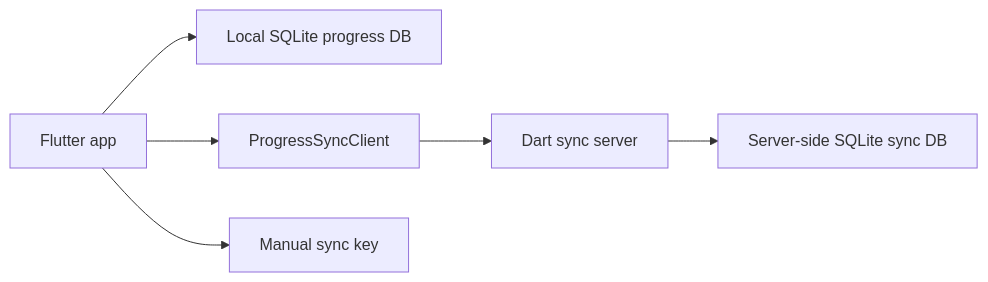
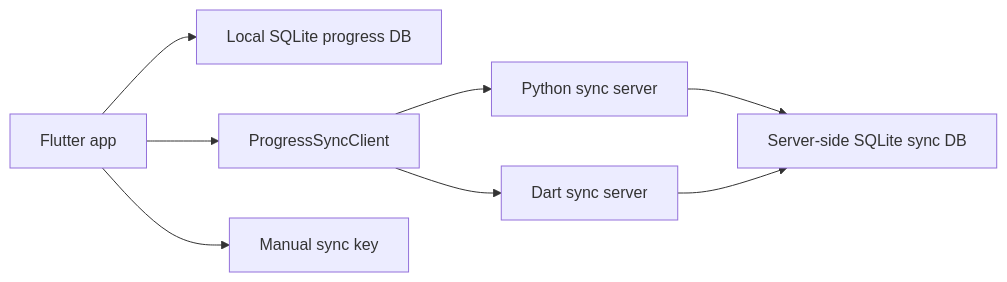
Before and after one commit to desertSniper87/vocab-hill: the diagram in docs/2-architecture/decisions/ADR-003-sync-key-backend.md, drawn with Mermaid. The commit also changed other lines of this file and 18 other files, not shown here.

````diff
--- a/docs/2-architecture/decisions/ADR-003-sync-key-backend.md
+++ b/docs/2-architecture/decisions/ADR-003-sync-key-backend.md
@@ -22,8 +22,10 @@
 ```mermaid
 flowchart LR
     A["Flutter app"] --> B["Local SQLite progress DB"]
     A --> C["ProgressSyncClient"]
-    C --> D["Dart sync server"]
-    D --> E["Server-side SQLite sync DB"]
-    A --> F["Manual sync key"]
+    C --> D["Python sync server"]
+    C --> E["Dart sync server"]
+    D --> F["Server-side SQLite sync DB"]
+    E --> F
+    A --> G["Manual sync key"]
 ```
````
